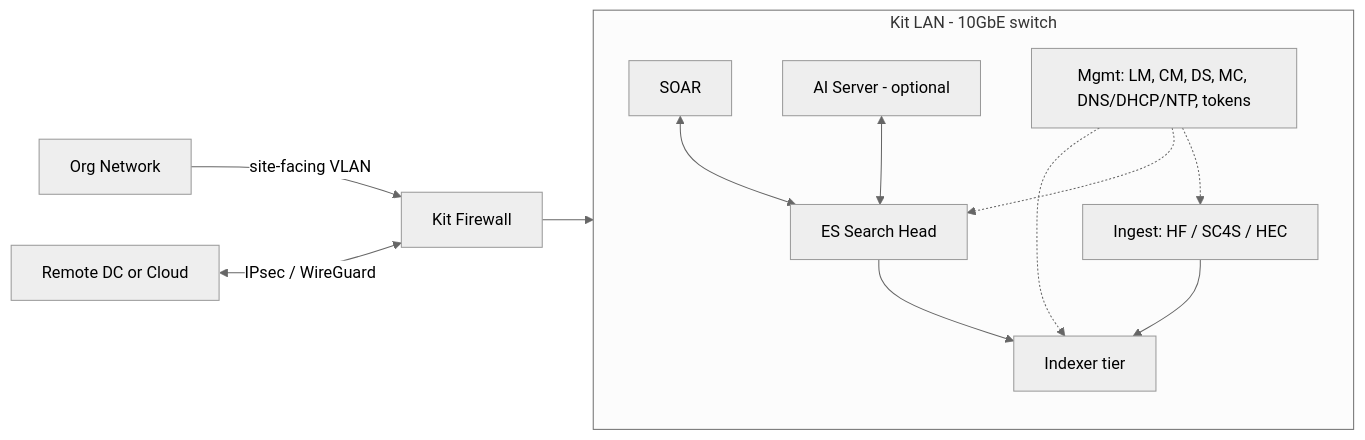
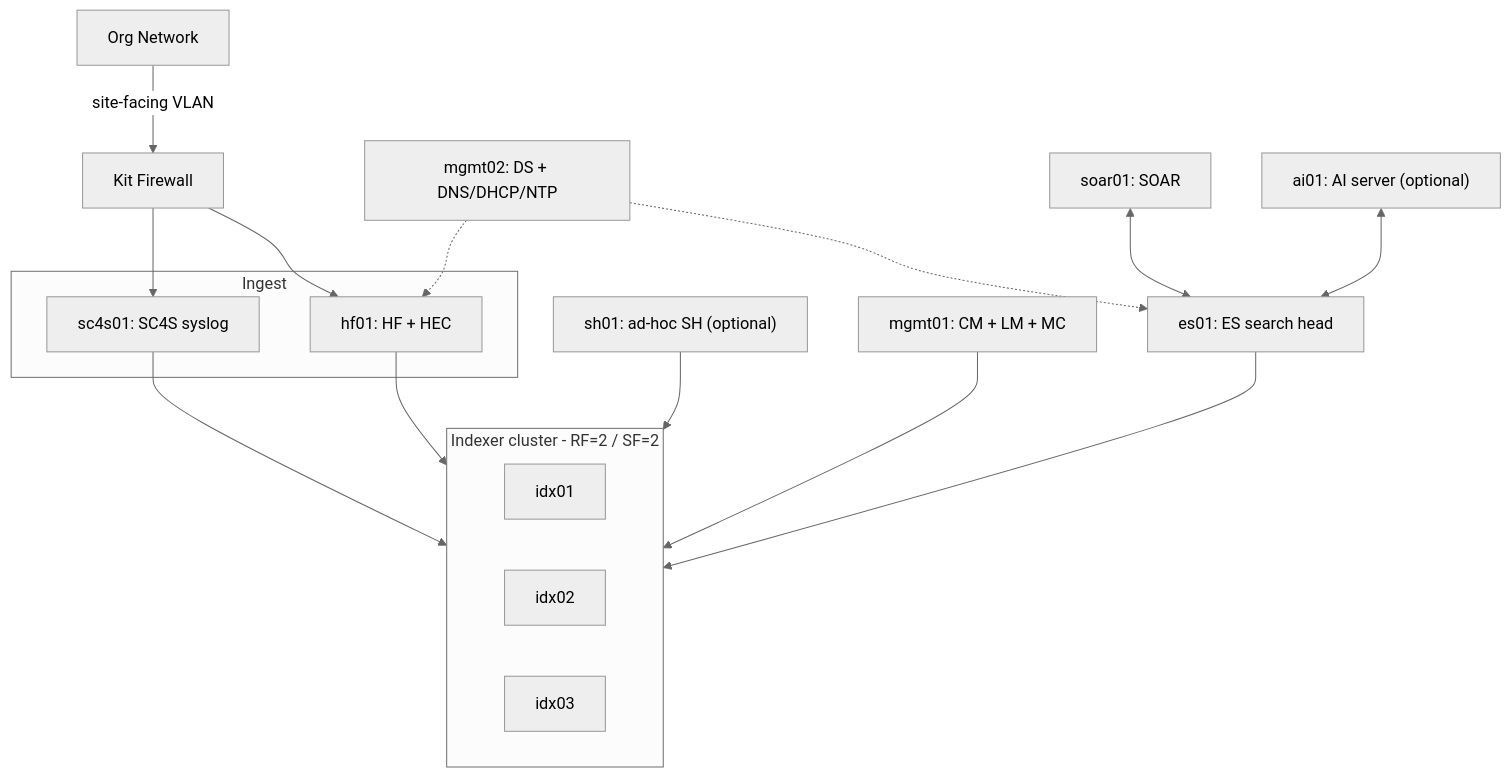
The diagram in README.md (PMJeffery/Splunk-Flyaway-Kit), drawn with Mermaid (neutral theme) before and after one commit. The commit also changed other lines of this file and 1 other file, not shown here.

Commit message:
README: use Medium-tier deployment as example architecture diagram

````diff
--- a/README.md
+++ b/README.md
@@ -60,15 +63,24 @@
 ```mermaid
-flowchart LR
-    orgNet[Org Network] -->|site-facing VLAN| fw[Kit Firewall]
-    remote[Remote DC or Cloud] <-->|"IPsec / WireGuard"| fw
-    fw --> kitLan
-    subgraph kitLan [Kit LAN - 10GbE switch]
-        ingest["Ingest: HF / SC4S / HEC"] --> idx[Indexer tier]
-        esSh[ES Search Head] --> idx
-        soar[SOAR] <--> esSh
-        ai[AI Server - optional] <--> esSh
-        mgmt["Mgmt: LM, CM, DS, MC, DNS/DHCP/NTP, tokens"] -.-> idx
-        mgmt -.-> esSh
-        mgmt -.-> ingest
+flowchart TD
+    orgNet[Org Network] -->|"site-facing VLAN"| fw[Kit Firewall]
+    fw --> hf01
+    fw --> sc4s01
+    subgraph ingest [Ingest]
+        hf01["hf01: HF + HEC"]
+        sc4s01["sc4s01: SC4S syslog"]
     end
+    subgraph idxCluster ["Indexer cluster - RF=2 / SF=2"]
+        idx01[idx01]
+        idx02[idx02]
+        idx03[idx03]
+    end
+    hf01 --> idxCluster
+    sc4s01 --> idxCluster
+    es01["es01: ES search head"] --> idxCluster
+    sh01["sh01: ad-hoc SH (optional)"] --> idxCluster
+    mgmt01["mgmt01: CM + LM + MC"] --> idxCluster
+    mgmt02["mgmt02: DS + DNS/DHCP/NTP"] -.-> es01
+    mgmt02 -.-> hf01
+    soar01["soar01: SOAR"] <--> es01
+    ai01["ai01: AI server (optional)"] <--> es01
 ```
````
